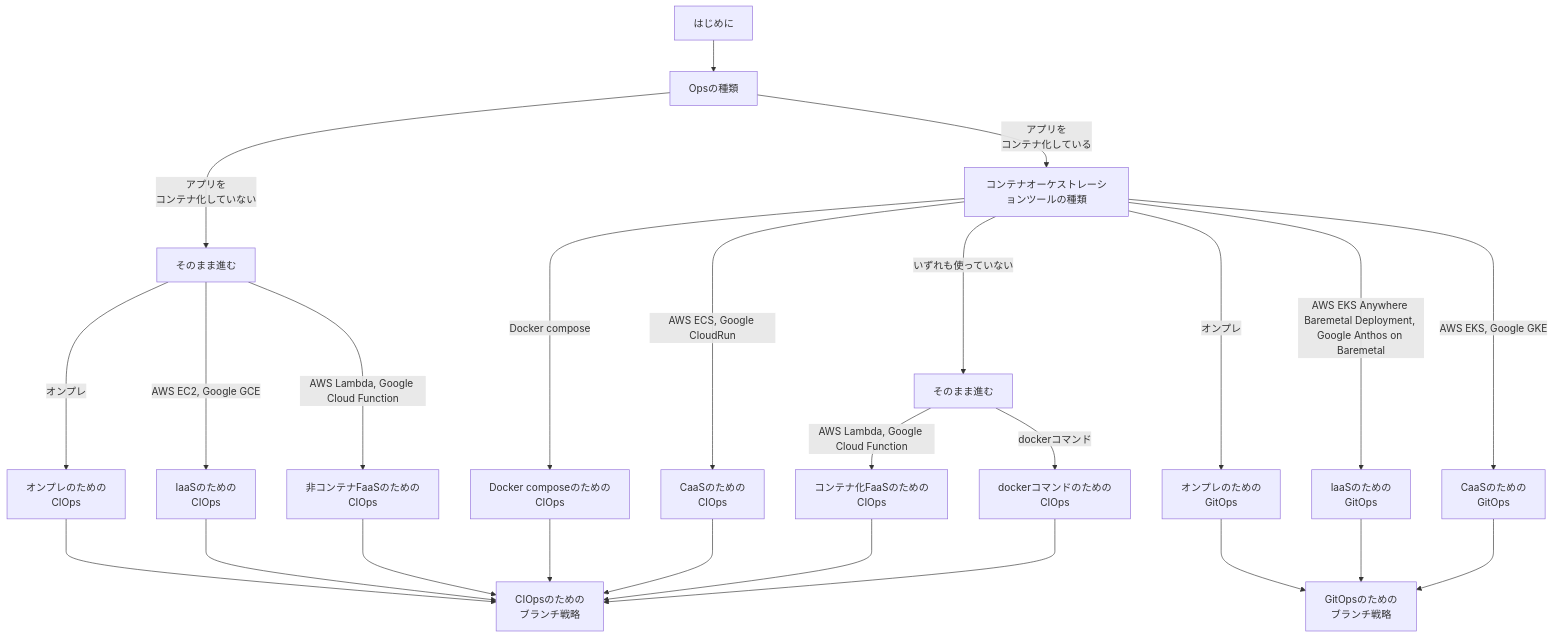
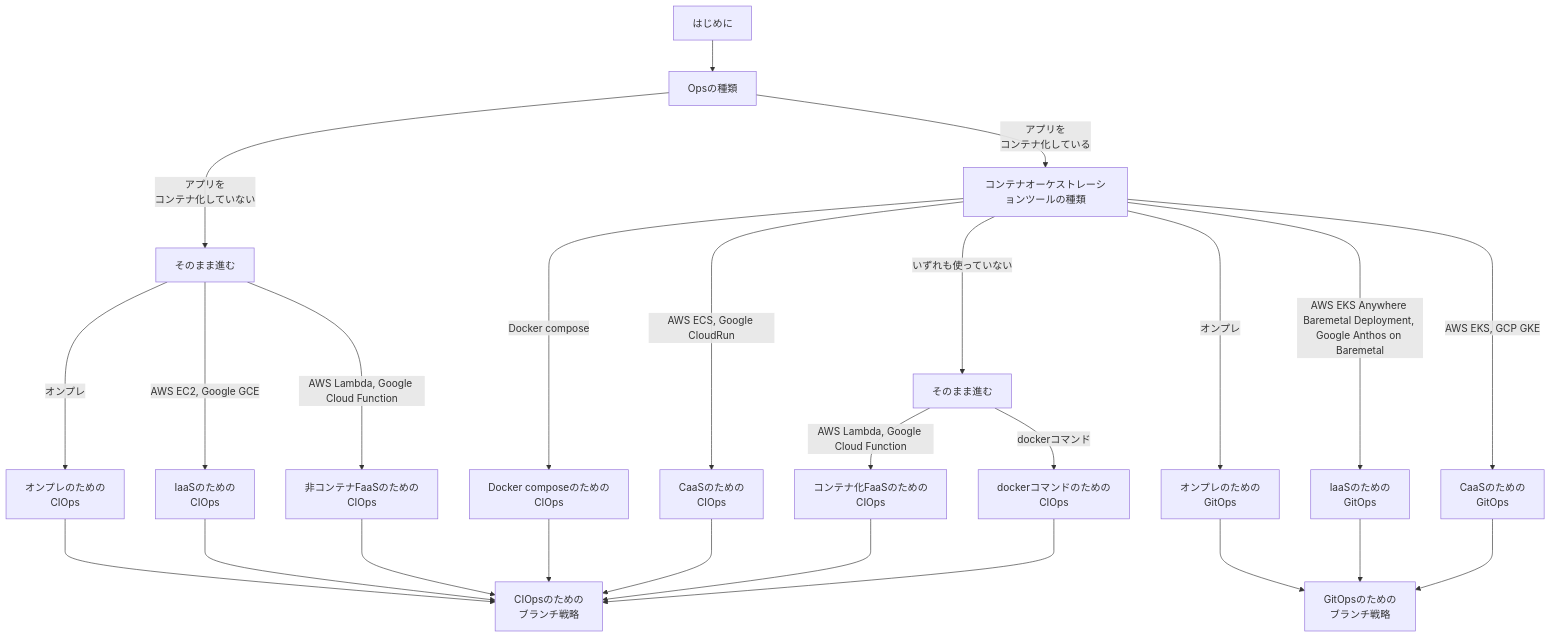
Before and after one commit to hiroki-it/tech-notebook: the diagram in docs/devops/devops.md, drawn with Mermaid. The commit also changed 19 other files, not shown here.

````diff
--- a/docs/devops/devops.md
+++ b/docs/devops/devops.md
@@ -112,41 +112,41 @@
 ```mermaid
 graph TD;
 A[はじめに] --> B[Opsの種類]
 
 B ---> | アプリを<br>コンテナ化していない | C[そのまま進む]
 B --> | アプリを<br>コンテナ化している | D[コンテナオーケストレーションツールの種類]
 
 C ---> | オンプレ | E[オンプレのための<br>CIOps]
 C ---> | AWS EC2, Google GCE | F["IaaSのための<br>CIOps"]
 C ---> | AWS Lambda, Google Cloud Function | G[非コンテナFaaSのための<br>CIOps]
 
 D ----> | Docker compose  | H[Docker composeのための<br>CIOps]
 D ----> | AWS ECS, Google CloudRun  | I[CaaSのための<br>CIOps]
 D --> | いずれも使っていない | J[そのまま進む]
 D ----> | オンプレ | K[オンプレのための<br>GitOps]
 D ----> | AWS EKS Anywhere Baremetal Deployment, Google Anthos on Baremetal| L[IaaSのための<br>GitOps]
-D ----> | AWS EKS, Google GKE | M[CaaSのための<br>GitOps]
+D ----> | AWS EKS, GCP GKE | M[CaaSのための<br>GitOps]
 
 J --> | AWS Lambda, Google Cloud Function | N[コンテナ化FaaSのための<br>CIOps]
 J --> | dockerコマンド | O[dockerコマンドのための<br>CIOps]
 
 E ---> P[CIOpsのための<br>ブランチ戦略]
 
 F ---> P
 
 G ---> P
 
 H ---> P
 
 I ---> P
 
 K ---> Q[GitOpsのための<br>ブランチ戦略]
 
 L ---> Q
 
 M ---> Q
 
 N ---> P
 
 O ---> P
 ```
````
